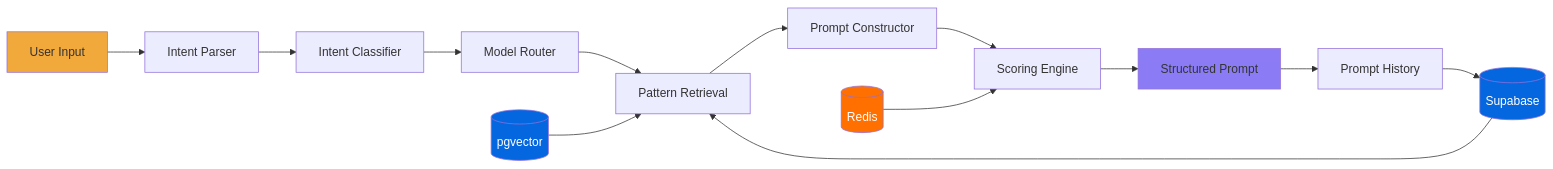
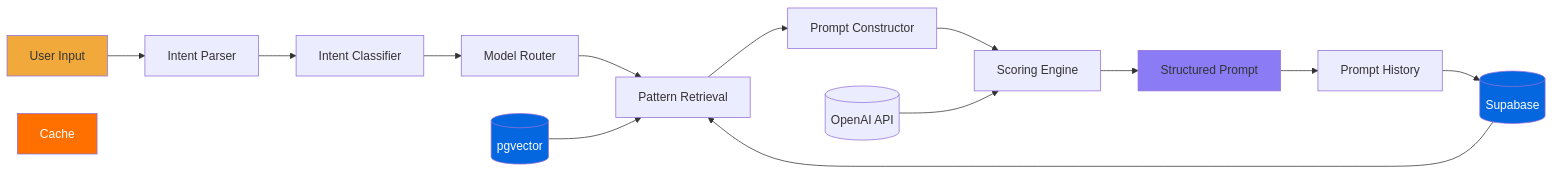
One commit to oyedokunken/Prompt-AI changed the third of 5 diagrams in README.md. Above: the diagram before and after it, drawn with Mermaid. The commit also changed other lines of this file and 9 other files, not shown here.

First line of the commit message:
feat: OpenAI chat, /api deployed to Vercel, tech stack README, env wired

````diff
--- a/README.md
+++ b/README.md
@@ -155,23 +149,23 @@
 ```mermaid
 graph LR
     Input[User Input] --> Parse[Intent Parser]
     Parse --> Classify[Intent Classifier]
     Classify --> Router[Model Router]
     Router --> Pattern[Pattern Retrieval]
     Pattern --> Construct[Prompt Constructor]
     Construct --> Score[Scoring Engine]
     Score --> Output[Structured Prompt]
 
     DB[(Supabase)] --> Pattern
     Vector[(pgvector)] --> Pattern
-    Cache[(Redis)] --> Score
+    OpenAI[(OpenAI API)] --> Score
 
     Output --> History[Prompt History]
     History --> DB
 
     style Input fill:#F2A93B
     style Output fill:#8B7CF6
     style DB fill:#0467DF,color:#fff
     style Vector fill:#0467DF,color:#fff
     style Cache fill:#FF7000,color:#fff
 ```
````
